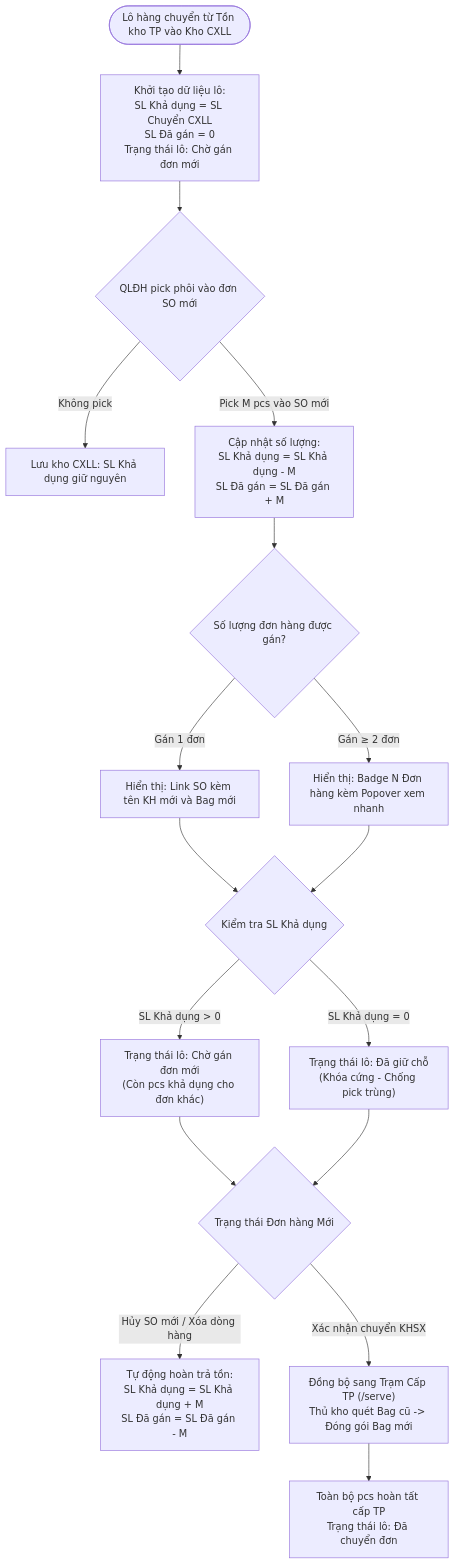
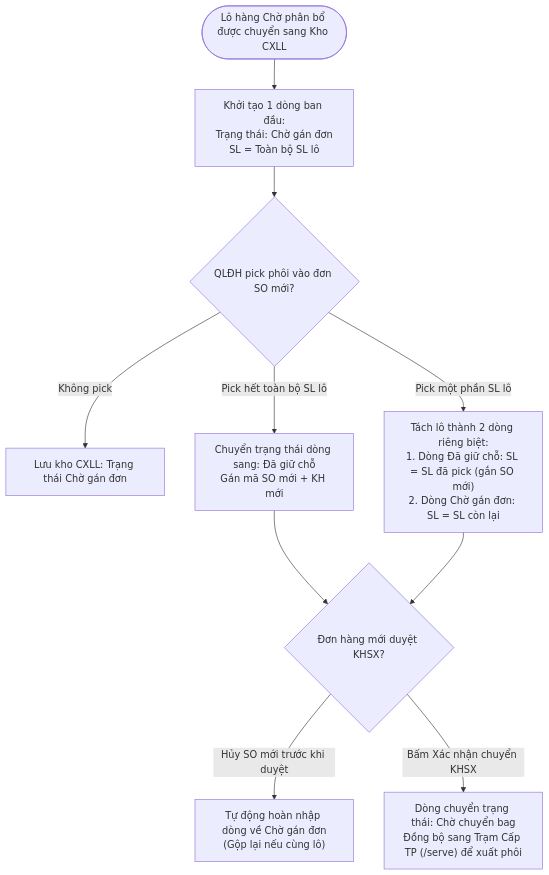
Before and after one commit to midumidu1213-collab/order-prototype: the diagram in docs/user-stories/US-KTP-02-danh-sach-cho-xu-ly-lai-va-giu-cho.md, drawn with Mermaid. The commit also changed other lines of this file and 2 other files, not shown here.

Commit message:
feat(reprocess): merge Qty into single column, implement row splitting by status, standardize 3 statuses, update US-KTP-02 doc

````diff
--- a/docs/user-stories/US-KTP-02-danh-sach-cho-xu-ly-lai-va-giu-cho.md
+++ b/docs/user-stories/US-KTP-02-danh-sach-cho-xu-ly-lai-va-giu-cho.md
@@ -135,25 +132,16 @@
 ```mermaid
 flowchart TD
-    Start([Lô hàng chuyển từ Tồn kho TP vào Kho CXLL]) --> InitStatus["Khởi tạo dữ liệu lô:<br>SL Khả dụng = SL Chuyển CXLL<br>SL Đã gán = 0<br>Trạng thái lô: Chờ gán đơn mới"]
+    Start([Lô hàng Chờ phân bổ được chuyển sang Kho CXLL]) --> SplitRow["Khởi tạo 1 dòng ban đầu:<br>Trạng thái: Chờ gán đơn<br>SL = Toàn bộ SL lô"]
     
-    InitStatus --> ActionKD{QLĐH pick phôi vào đơn SO mới}
-    ActionKD -->|Không pick| StayFree["Lưu kho CXLL: SL Khả dụng giữ nguyên"]
-    ActionKD -->|Pick M pcs vào SO mới| UpdateQty["Cập nhật số lượng:<br>SL Khả dụng = SL Khả dụng - M<br>SL Đã gán = SL Đã gán + M"]
+    SplitRow --> ActionKD{QLĐH pick phôi vào đơn SO mới?}
+    ActionKD -->|Không pick| StayFree["Lưu kho CXLL: Trạng thái Chờ gán đơn"]
     
-    UpdateQty --> CheckMulti{Số lượng đơn hàng được gán?}
-    CheckMulti -->|Gán 1 đơn| SingleSO["Hiển thị: Link SO kèm tên KH mới và Bag mới"]
-    CheckMulti -->|Gán ≥ 2 đơn| MultiSO["Hiển thị: Badge N Đơn hàng kèm Popover xem nhanh"]
+    ActionKD -->|Pick hết toàn bộ SL lô| ChangeAll["Chuyển trạng thái dòng sang: Đã giữ chỗ<br>Gán mã SO mới + KH mới"]
+    ActionKD -->|Pick một phần SL lô| SplitState["Tách lô thành 2 dòng riêng biệt:<br>1. Dòng Đã giữ chỗ: SL = SL đã pick (gắn SO mới)<br>2. Dòng Chờ gán đơn: SL = SL còn lại"]
     
-    SingleSO --> EvaluateStatus{Kiểm tra SL Khả dụng}
-    MultiSO --> EvaluateStatus
+    ChangeAll --> KHSXAction{Đơn hàng mới duyệt KHSX?}
+    SplitState --> KHSXAction
     
-    EvaluateStatus -->|SL Khả dụng > 0| StatusFree["Trạng thái lô: Chờ gán đơn mới<br>(Còn pcs khả dụng cho đơn khác)"]
-    EvaluateStatus -->|SL Khả dụng = 0| StatusLock["Trạng thái lô: Đã giữ chỗ<br>(Khóa cứng - Chống pick trùng)"]
-    
-    StatusFree --> DecisionSO{Trạng thái Đơn hàng Mới}
-    StatusLock --> DecisionSO
-    
-    DecisionSO -->|Hủy SO mới / Xóa dòng hàng| Rollback["Tự động hoàn trả tồn:<br>SL Khả dụng = SL Khả dụng + M<br>SL Đã gán = SL Đã gán - M"]
-    DecisionSO -->|Xác nhận chuyển KHSX| TransferServe["Đồng bộ sang Trạm Cấp TP (/serve)<br>Thủ kho quét Bag cũ -> Đóng gói Bag mới"]
-    TransferServe --> CompleteAll["Toàn bộ pcs hoàn tất cấp TP<br>Trạng thái lô: Đã chuyển đơn"]
+    KHSXAction -->|Hủy SO mới trước khi duyệt| Rollback["Tự động hoàn nhập dòng về Chờ gán đơn<br>(Gộp lại nếu cùng lô)"]
+    KHSXAction -->|Bấm Xác nhận chuyển KHSX| TransferBag["Dòng chuyển trạng thái: Chờ chuyển bag<br>Đồng bộ sang Trạm Cấp TP (/serve) để xuất phôi"]
 ```
````
